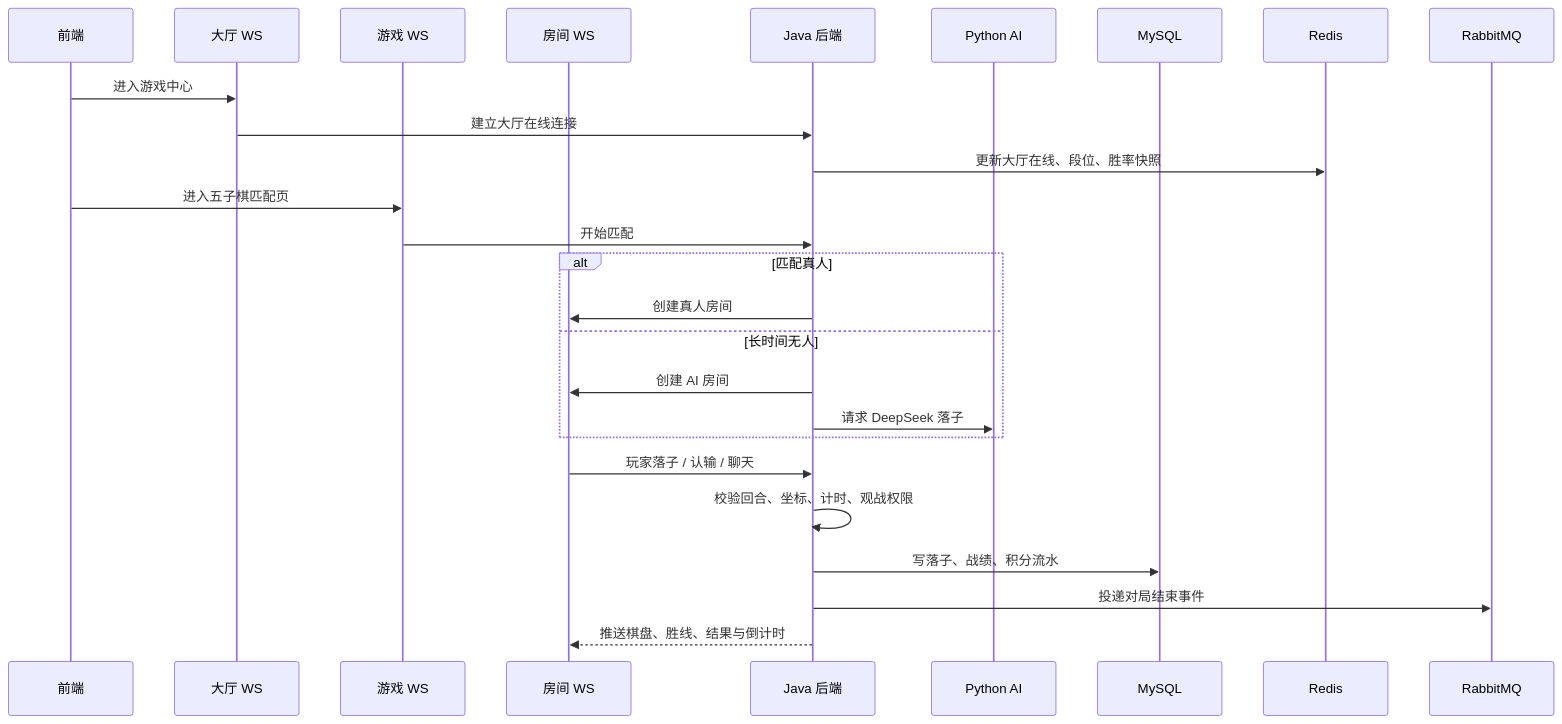
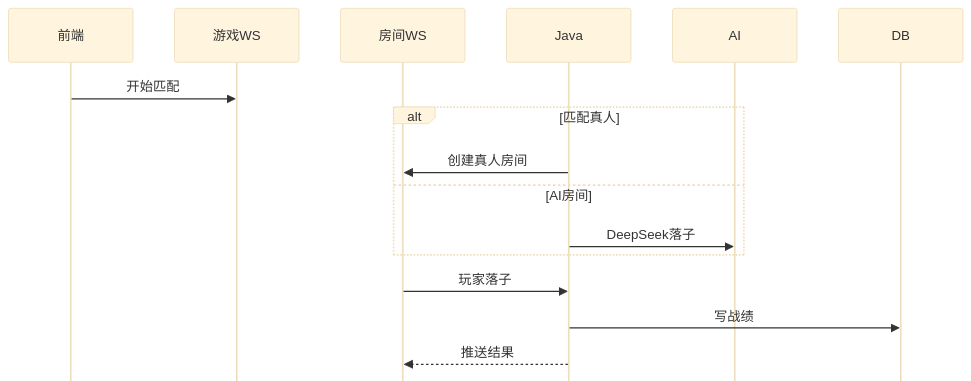
One commit to pluchon/mengmeng_forum changed the third of 22 diagrams in README.md. Above: the diagram before and after it, drawn with Mermaid. The commit also changed other lines of this file and 2 other files, not shown here.

````diff
--- a/README.md
+++ b/README.md
@@ -311,29 +198,20 @@
 ```mermaid
+%%{init: {'theme':'base', 'sequence': {'mirrorActors': false, 'actorFontSize': 11, 'noteFontSize': 10}}}%%
 sequenceDiagram
   participant FE as 前端
-  participant Lobby as 大厅 WS
-  participant Game as 游戏 WS
-  participant Room as 房间 WS
-  participant J as Java 后端
-  participant P as Python AI
-  participant DB as MySQL
-  participant R as Redis
-  participant MQ as RabbitMQ
+  participant Game as 游戏WS
+  participant Room as 房间WS
+  participant J as Java
+  participant P as AI
+  participant DB as DB
 
-  FE->>Lobby: 进入游戏中心
-  Lobby->>J: 建立大厅在线连接
-  J->>R: 更新大厅在线、段位、胜率快照
-  FE->>Game: 进入五子棋匹配页
-  Game->>J: 开始匹配
+  FE->>Game: 开始匹配
   alt 匹配真人
     J->>Room: 创建真人房间
-  else 长时间无人
-    J->>Room: 创建 AI 房间
-    J->>P: 请求 DeepSeek 落子
+  else AI房间
+    J->>P: DeepSeek落子
   end
-  Room->>J: 玩家落子 / 认输 / 聊天
-  J->>J: 校验回合、坐标、计时、观战权限
-  J->>DB: 写落子、战绩、积分流水
-  J->>MQ: 投递对局结束事件
-  J-->>Room: 推送棋盘、胜线、结果与倒计时
+  Room->>J: 玩家落子
+  J->>DB: 写战绩
+  J-->>Room: 推送结果
 ```
````
